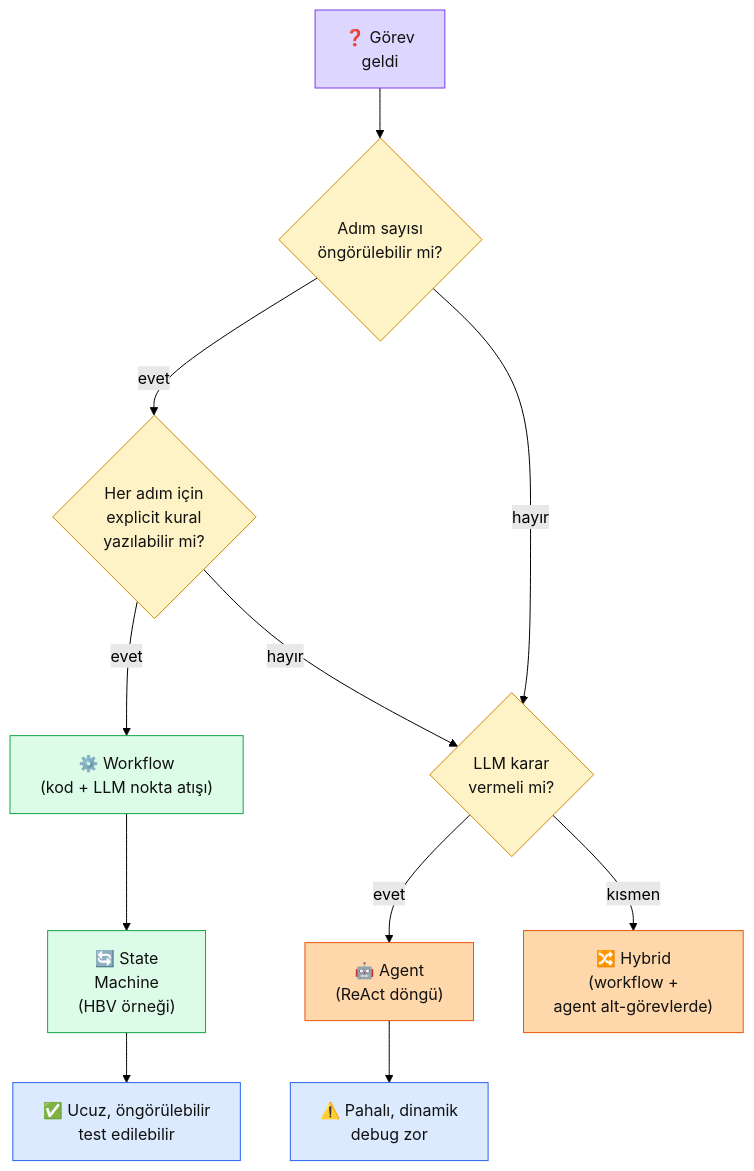
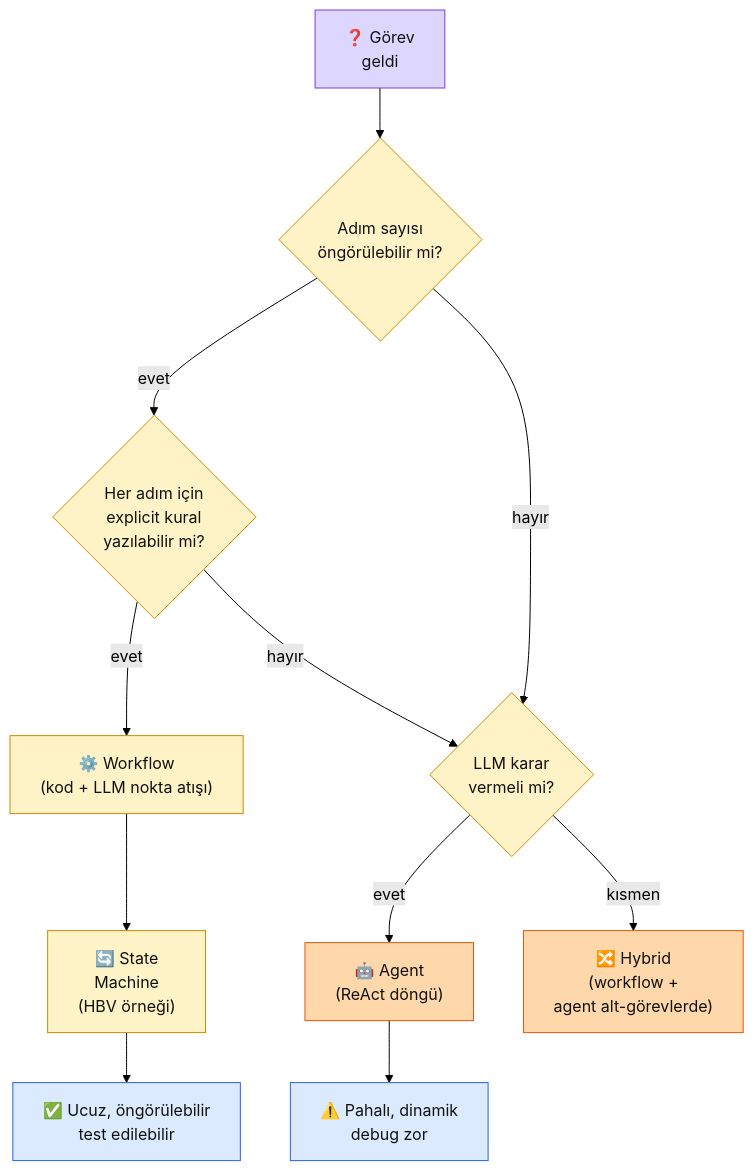
The diagram in docs/bolum-6/01-agent-nedir.md (KemalG-u/muhendisal-platform), drawn with Mermaid (forest theme) before and after one commit. The commit also changed other lines of this file and 20 other files, not shown here.

````diff
--- a/docs/bolum-6/01-agent-nedir.md
+++ b/docs/bolum-6/01-agent-nedir.md
@@ -38,32 +39,32 @@
 ```mermaid
 flowchart TB
   TASK["❓ Görev\ngeldi"]
   Q1{"Adım sayısı\nöngörülebilir mi?"}
   Q2{"Her adım için\nexplicit kural\nyazılabilir mi?"}
   Q3{"LLM karar\nvermeli mi?"}
   WF["⚙️ Workflow\n(kod + LLM nokta atışı)"]
   SM["🔄 State\nMachine\n(HBV örneği)"]
   AG["🤖 Agent\n(ReAct döngü)"]
   HBR["🔀 Hybrid\n(workflow +\nagent alt-görevlerde)"]
   OUT1["✅ Ucuz, öngörülebilir\ntest edilebilir"]
   OUT2["⚠️ Pahalı, dinamik\ndebug zor"]
 
   TASK --> Q1
   Q1 -- evet --> Q2
   Q1 -- hayır --> Q3
   Q2 -- evet --> WF --> SM --> OUT1
   Q2 -- hayır --> Q3
   Q3 -- evet --> AG --> OUT2
   Q3 -- kısmen --> HBR
 
   classDef task fill:#ddd6fe,stroke:#7c3aed,color:#111
   classDef decide fill:#fef3c7,stroke:#ca8a04,color:#111
-  classDef wf fill:#dcfce7,stroke:#16a34a,color:#111
+  classDef wf fill:#fef3c7,stroke:#ca8a04,color:#111
   classDef ag fill:#fed7aa,stroke:#ea580c,color:#111
   classDef out fill:#dbeafe,stroke:#2563eb,color:#111
   class TASK task
   class Q1,Q2,Q3 decide
   class WF,SM wf
   class AG,HBR ag
   class OUT1,OUT2 out
 ```
````
